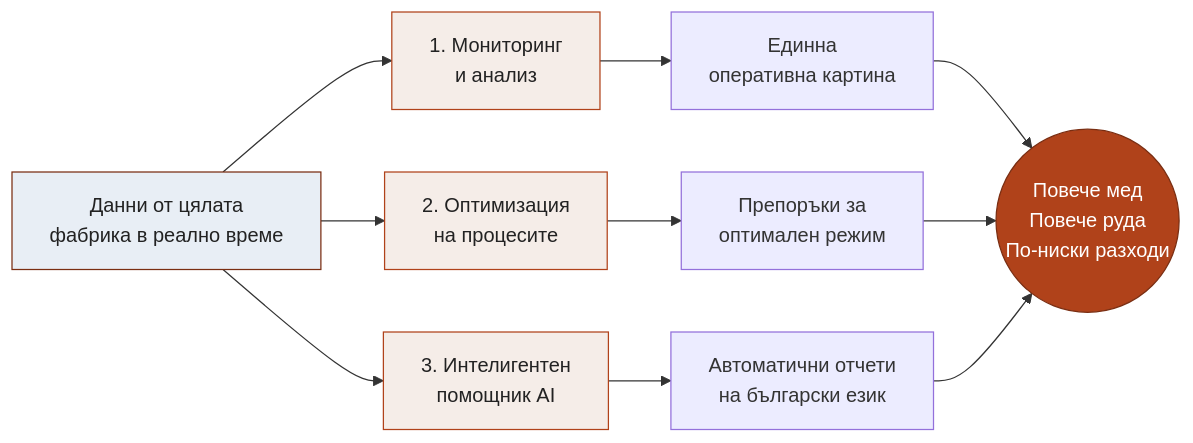
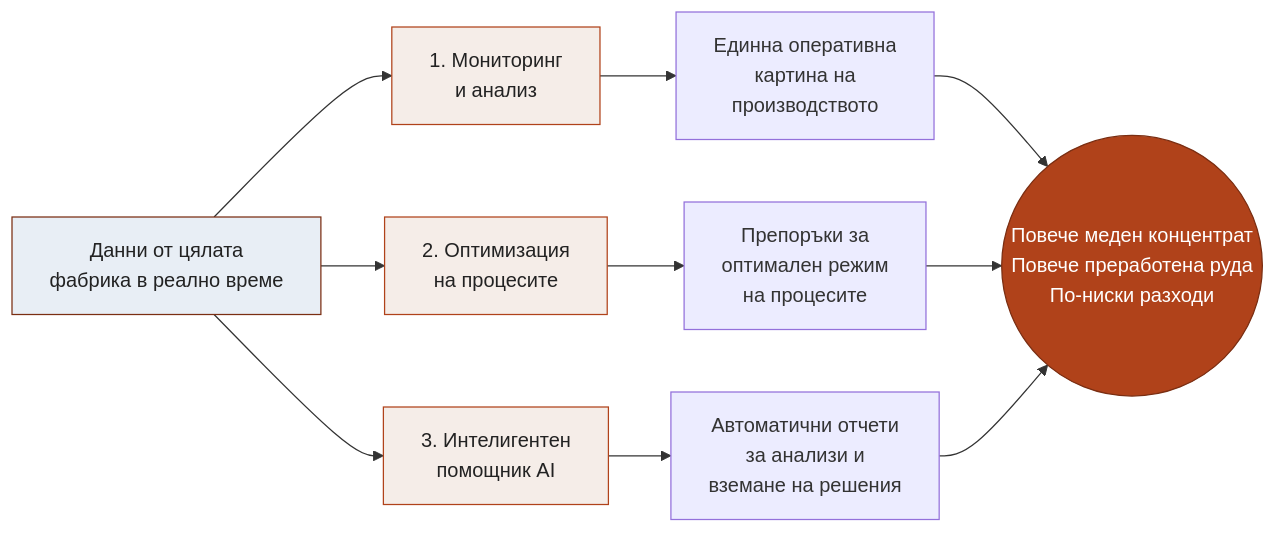
Before and after one commit to Patchino76/ok_dashboard: the first of 2 diagrams in Documentations/Strategy/10_Резюме_за_собствениците.md, drawn with Mermaid. The commit also changed other lines of this file and 12 other files, not shown here.

````diff
--- a/Documentations/Strategy/10_Резюме_за_собствениците.md
+++ b/Documentations/Strategy/10_Резюме_за_собствениците.md
@@ -34,20 +35,20 @@
 ```mermaid
 flowchart LR
     A[Данни от цялата<br/>фабрика в реално време] --> B[1. Мониторинг<br/>и анализ]
     A --> C[2. Оптимизация<br/>на процесите]
     A --> D[3. Интелигентен<br/>помощник AI]
 
-    B --> E[Единна<br/>оперативна картина]
-    C --> F[Препоръки за<br/>оптимален режим]
-    D --> G[Автоматични отчети<br/>на български език]
+    B --> E[Единна оперативна<br/>картина на<br/>производството]
+    C --> F[Препоръки за<br/>оптимален режим<br/>на процесите]
+    D --> G[Автоматични отчети<br/>за анализи и<br/>вземане на решения]
 
-    E --> R((Повече мед<br/>Повече руда<br/>По-ниски разходи))
+    E --> R((Повече меден концентрат<br/>Повече преработена руда<br/>По-ниски разходи))
     F --> R
     G --> R
 
     style A fill:#e8eef5,stroke:#7A2E12,color:#222
     style R fill:#B0421A,stroke:#7A2E12,color:#fff
     style B fill:#f5ede8,stroke:#B0421A,color:#222
     style C fill:#f5ede8,stroke:#B0421A,color:#222
     style D fill:#f5ede8,stroke:#B0421A,color:#222
 ```
````
